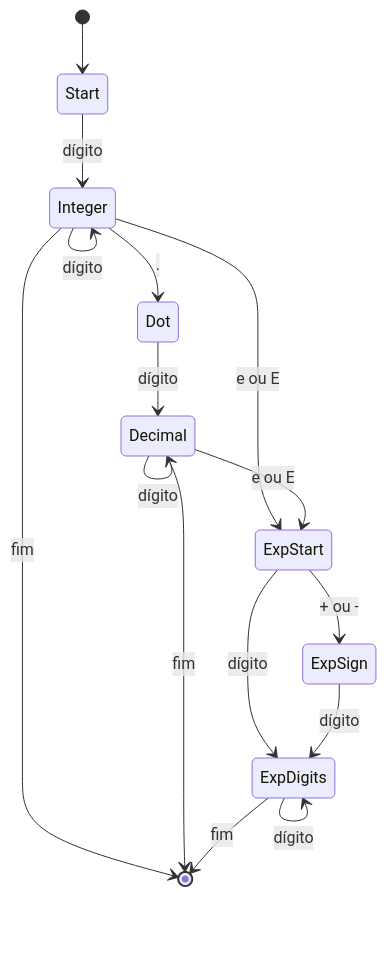
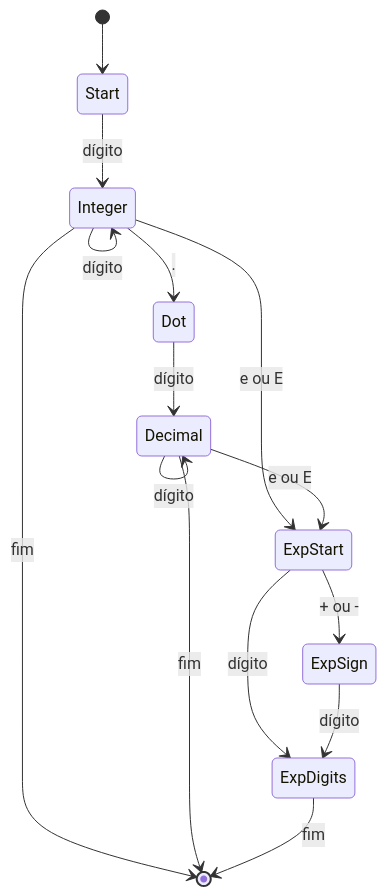
Before and after one commit to BrenoColonello/brasilScript: the fifth of 13 diagrams in Semana 5/automata.md, drawn with Mermaid. The commit also changed other lines of this file and 9 other files, not shown here.

````diff
--- a/Semana 5/automata.md
+++ b/Semana 5/automata.md
@@ -63,20 +63,19 @@
 ```mermaid
 stateDiagram-v2
     [*] --> Start
     Start --> Integer : dígito
     Integer --> Integer : dígito
     Integer --> Dot : .
     Integer --> ExpStart : e ou E
     Integer --> [*] : fim
     
     Dot --> Decimal : dígito
     Decimal --> Decimal : dígito
     Decimal --> ExpStart : e ou E
     Decimal --> [*] : fim
     
     ExpStart --> ExpSign : + ou -
     ExpStart --> ExpDigits : dígito
     ExpSign --> ExpDigits : dígito
-    ExpDigits --> ExpDigits : dígito
     ExpDigits --> [*] : fim
 ```
````
